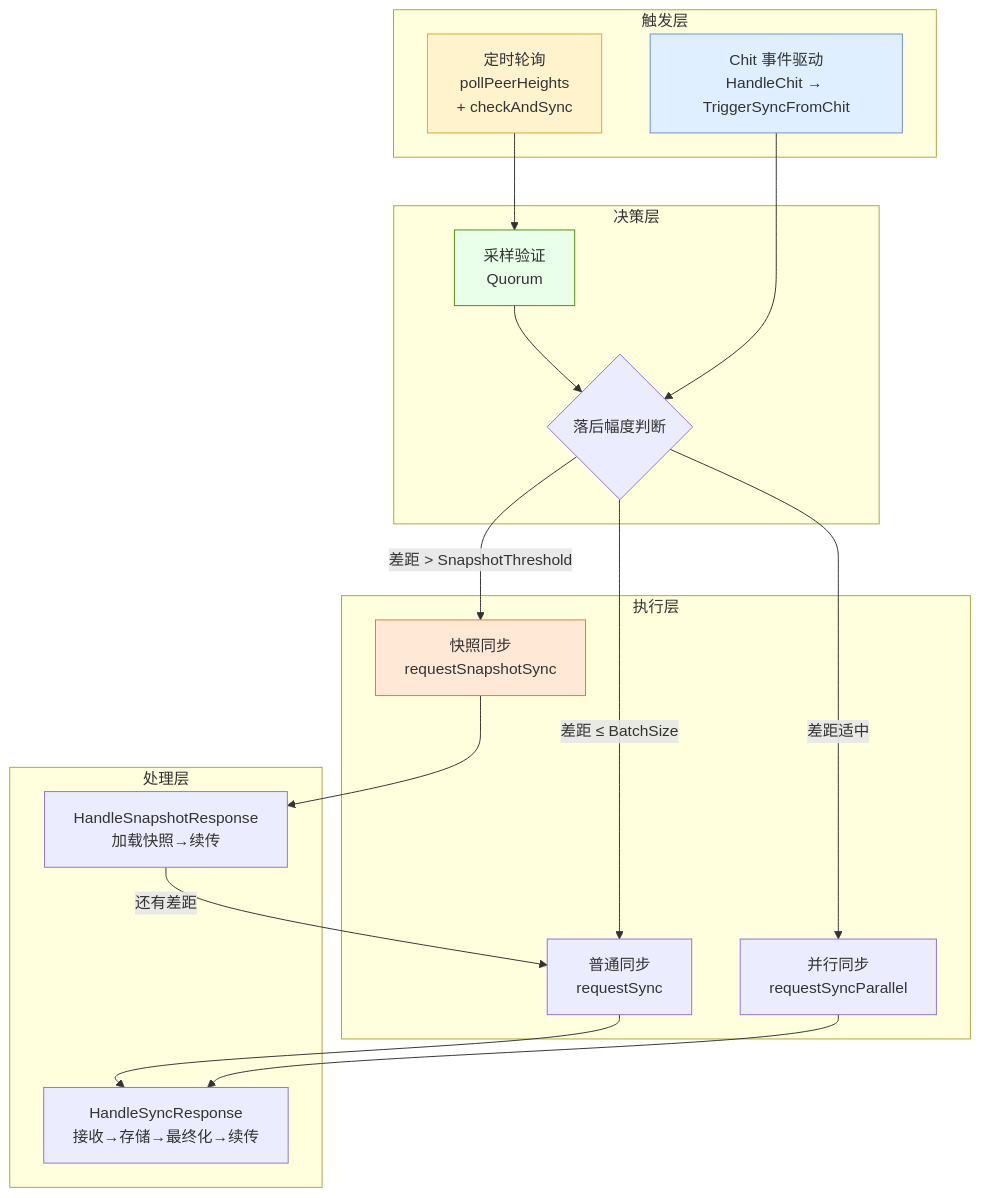
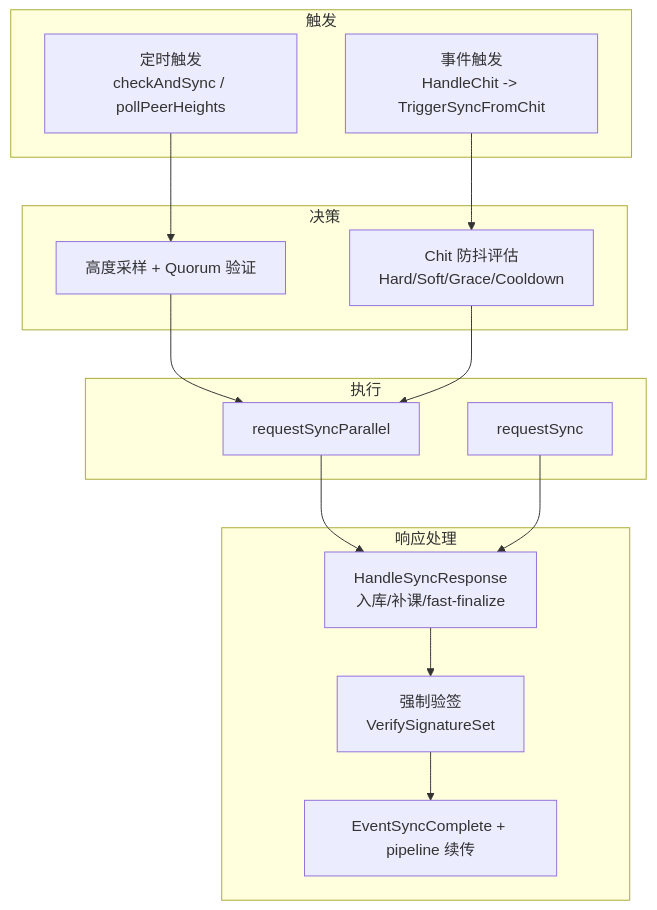
Before and after one commit to davidLeeeeeeeeeeee/dex: the first of 6 diagrams in consensus/sync_flow.md, drawn with Mermaid. The commit also changed other lines of this file and 36 other files, not shown here.

````diff
--- a/consensus/sync_flow.md
+++ b/consensus/sync_flow.md
@@ -37,39 +24,32 @@
 ```mermaid
 flowchart TB
-    subgraph 触发层
-        A["定时轮询<br>pollPeerHeights<br>+ checkAndSync"]
-        B["Chit 事件驱动<br>HandleChit → TriggerSyncFromChit"]
+    subgraph 触发
+        A["定时触发<br/>checkAndSync / pollPeerHeights"]
+        B["事件触发<br/>HandleChit -> TriggerSyncFromChit"]
     end
 
-    subgraph 决策层
-        C{"落后幅度判断"}
-        D["采样验证<br>Quorum"]
+    subgraph 决策
+        C["高度采样 + Quorum 验证"]
+        D["Chit 防抖评估<br/>Hard/Soft/Grace/Cooldown"]
     end
 
-    subgraph 执行层
-        E["普通同步<br>requestSync"]
-        F["并行同步<br>requestSyncParallel"]
-        G["快照同步<br>requestSnapshotSync"]
+    subgraph 执行
+        E["requestSyncParallel"]
+        F["requestSync"]
     end
 
-    subgraph 处理层
-        H["HandleSyncResponse<br>接收→存储→最终化→续传"]
-        I["HandleSnapshotResponse<br>加载快照→续传"]
+    subgraph 响应处理
+        G["HandleSyncResponse<br/>入库/补课/fast-finalize"]
+        H["强制验签<br/>VerifySignatureSet"]
+        I["EventSyncComplete + pipeline 续传"]
     end
 
-    A --> D
-    D --> C
-    B --> C
-    C -->|"差距 ≤ BatchSize"| E
-    C -->|"差距适中"| F
-    C -->|"差距 > SnapshotThreshold"| G
-    E --> H
-    F --> H
-    G --> I
-    I -->|"还有差距"| E
-
-    style A fill:#fff3cd,stroke:#d6a735
-    style B fill:#dfefff,stroke:#6b8fd6
-    style D fill:#eaffea,stroke:#4f8f00
-    style G fill:#ffe8d6,stroke:#d67f35
+    A --> C
+    B --> D
+    C --> E
+    D --> E
+    E --> G
+    F --> G
+    G --> H
+    H --> I
 ```
````
